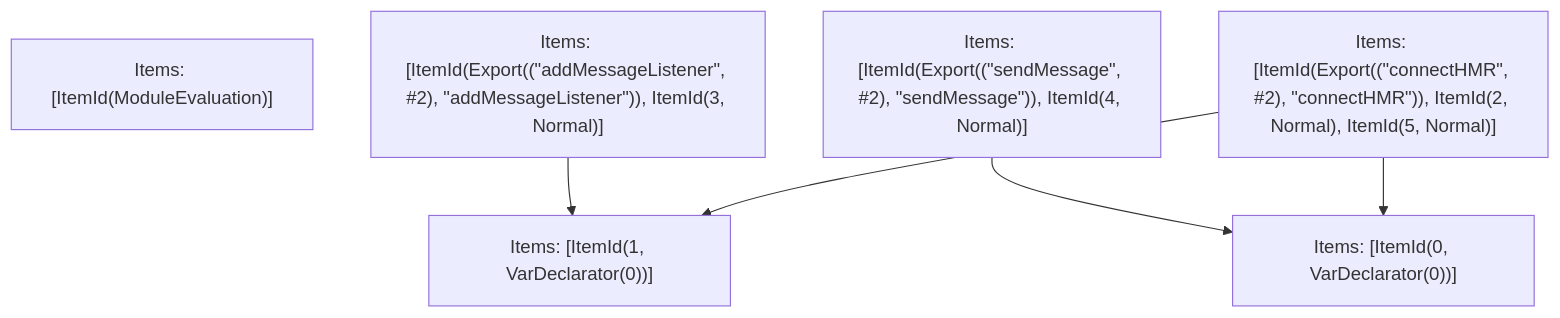
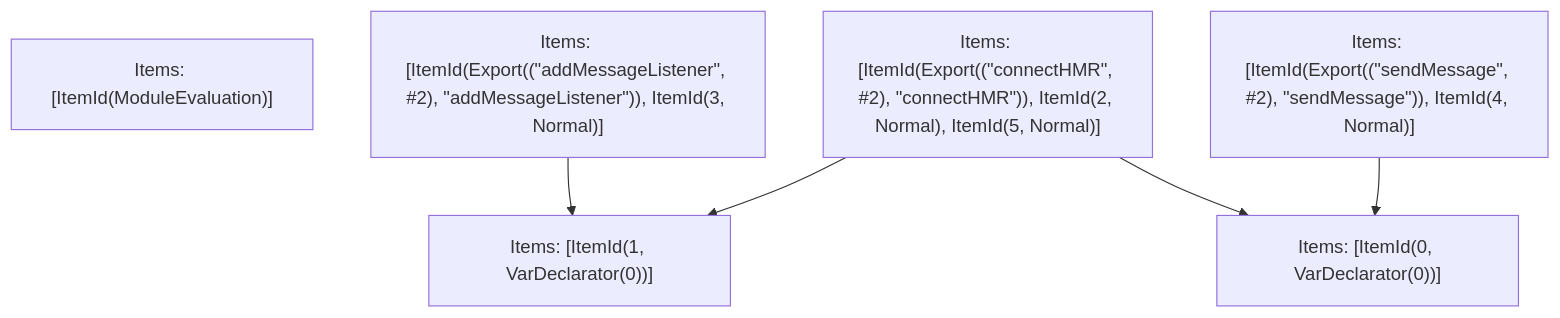
Before and after one commit to vercel/turborepo: the fifth of 5 diagrams in crates/turbopack-ecmascript/tests/tree-shaker/analyzer/failed-1/output.md, drawn with Mermaid. The commit also changed other lines of this file and 24 other files, not shown here.

````diff
--- a/crates/turbopack-ecmascript/tests/tree-shaker/analyzer/failed-1/output.md
+++ b/crates/turbopack-ecmascript/tests/tree-shaker/analyzer/failed-1/output.md
@@ -218,13 +218,13 @@
 ```mermaid
 graph TD
     N0["Items: [ItemId(ModuleEvaluation)]"];
     N1["Items: [ItemId(Export((&quot;addMessageListener&quot;, #2), &quot;addMessageListener&quot;)), ItemId(3, Normal)]"];
-    N2["Items: [ItemId(Export((&quot;sendMessage&quot;, #2), &quot;sendMessage&quot;)), ItemId(4, Normal)]"];
-    N3["Items: [ItemId(Export((&quot;connectHMR&quot;, #2), &quot;connectHMR&quot;)), ItemId(2, Normal), ItemId(5, Normal)]"];
+    N2["Items: [ItemId(Export((&quot;connectHMR&quot;, #2), &quot;connectHMR&quot;)), ItemId(2, Normal), ItemId(5, Normal)]"];
+    N3["Items: [ItemId(Export((&quot;sendMessage&quot;, #2), &quot;sendMessage&quot;)), ItemId(4, Normal)]"];
     N4["Items: [ItemId(0, VarDeclarator(0))]"];
     N5["Items: [ItemId(1, VarDeclarator(0))]"];
     N1 --> N5;
     N2 --> N4;
+    N2 --> N5;
     N3 --> N4;
-    N3 --> N5;
 ```
````
